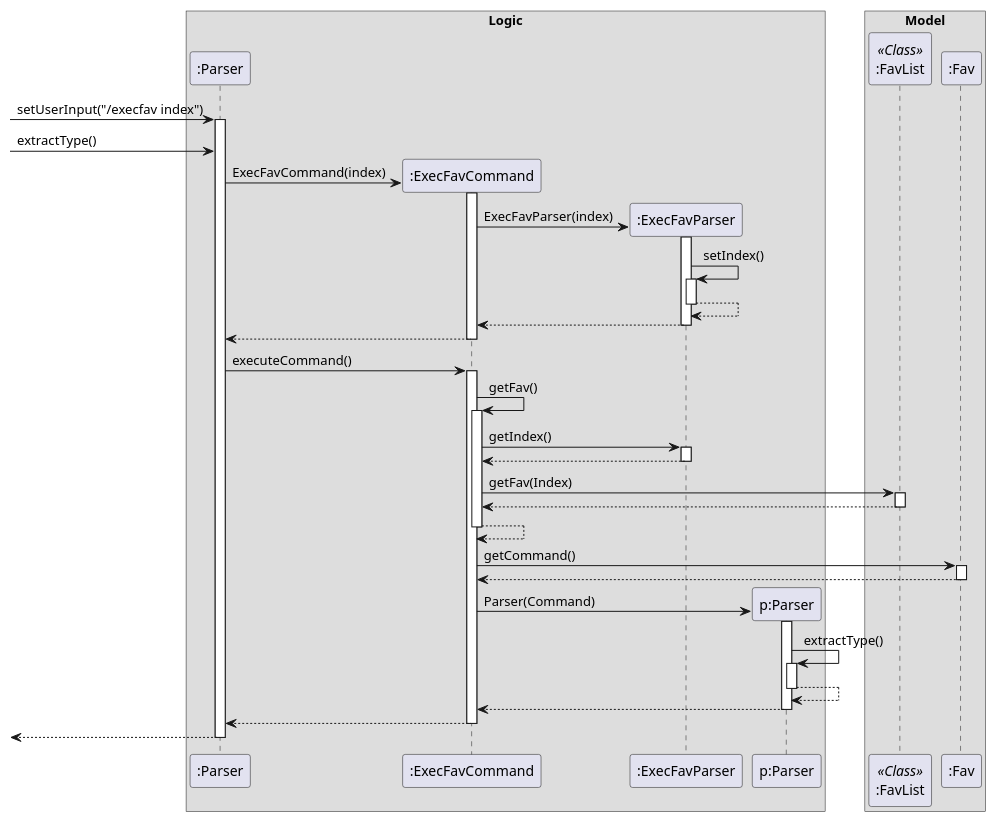
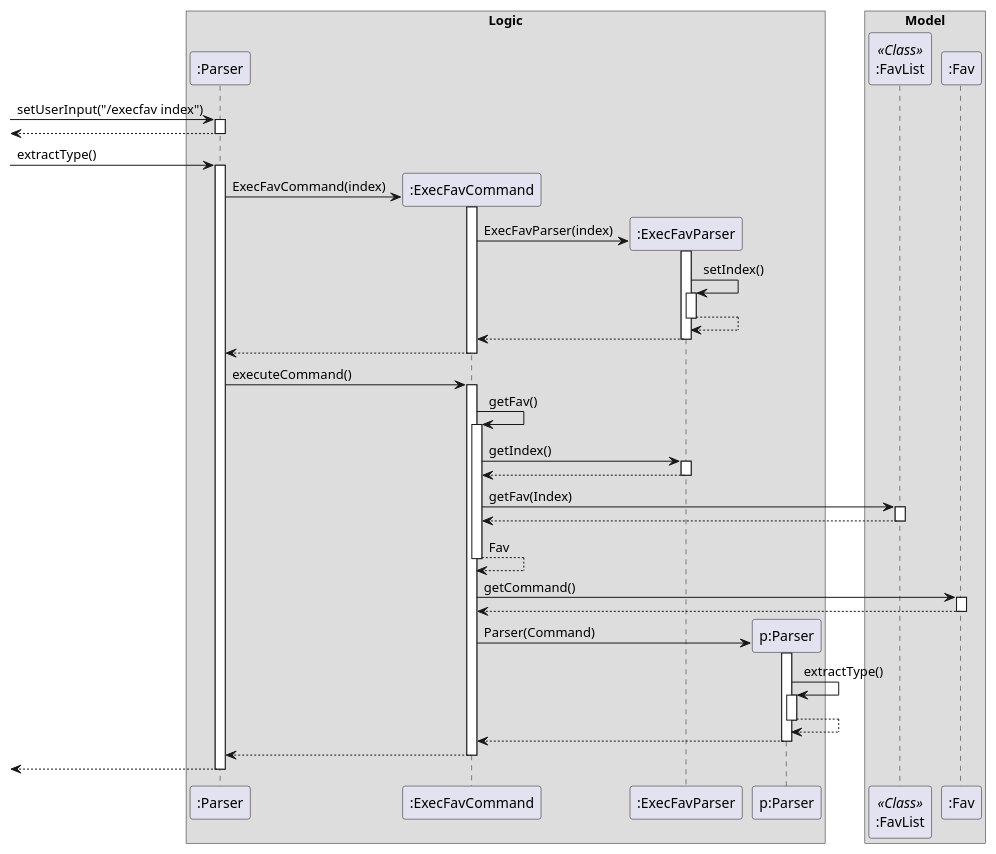
One commit to nus-cs2113-AY2021S1/tp changed the diagram in docs/DG_Diagrams/ExecFavCommand.puml. Above: the diagram before and after it, drawn with PlantUML.

Commit message:
Update ExecFavCommand seq diagram

```diff
--- a/docs/DG_Diagrams/ExecFavCommand.puml
+++ b/docs/DG_Diagrams/ExecFavCommand.puml
@@ -1,73 +1,76 @@
 @startuml
 box Logic
 participant ":Parser"
 participant ":ExecFavCommand"
 participant ":ExecFavParser"
 participant "p:Parser"
 end box
 
 box Model
 participant ":FavList" <<Class>>
 participant ":Fav"
 end box
 
 [-> ":Parser": setUserInput("/execfav index")
 activate ":Parser"
+[<-- ":Parser"
+deactivate ":Parser"
 [-> ":Parser": extractType()
+activate ":Parser"
 
 create ":ExecFavCommand"
 ":Parser" -> ":ExecFavCommand": ExecFavCommand(index)
 activate ":ExecFavCommand"
 
 create ":ExecFavParser"
 ":ExecFavCommand" -> ":ExecFavParser": ExecFavParser(index)
 activate ":ExecFavParser"
 ":ExecFavParser" -> ":ExecFavParser": setIndex()
 activate ":ExecFavParser"
 ":ExecFavParser" --> ":ExecFavParser"
 deactivate ":ExecFavParser"
 ":ExecFavParser"-->":ExecFavCommand"
 deactivate ":ExecFavParser"
 ":ExecFavCommand"--> ":Parser"
 deactivate ":ExecFavCommand"
 
 ":Parser" -> ":ExecFavCommand": executeCommand()
 activate ":ExecFavCommand"
 ":ExecFavCommand" ->":ExecFavCommand": getFav()
 activate ":ExecFavCommand"
 ":ExecFavCommand" -> ":ExecFavParser": getIndex()
 activate ":ExecFavParser"
 ":ExecFavParser"-->":ExecFavCommand"
 deactivate ":ExecFavParser"
 
 
 
 ":ExecFavCommand" -> ":FavList": getFav(Index)
 activate ":FavList"
 ":FavList" --> ":ExecFavCommand"
 deactivate ":FavList"
-":ExecFavCommand" --> ":ExecFavCommand"
+":ExecFavCommand" --> ":ExecFavCommand": Fav
 deactivate ":ExecFavCommand"
 ":ExecFavCommand" -> ":Fav": getCommand()
 activate ":Fav"
 ":Fav"-->":ExecFavCommand"
 deactivate ":Fav"
 
 create "p:Parser"
 ":ExecFavCommand" -> "p:Parser": Parser(Command)
 activate "p:Parser"
 "p:Parser"->"p:Parser": extractType()
 activate "p:Parser"
 "p:Parser"-->"p:Parser"
 deactivate "p:Parser"
 "p:Parser"-->":ExecFavCommand"
 deactivate "p:Parser"
 ":ExecFavCommand"--> ":Parser"
 deactivate ":ExecFavCommand"
 [<--":Parser"
 deactivate ":Parser"
 
 
 
 
 @enduml
```
